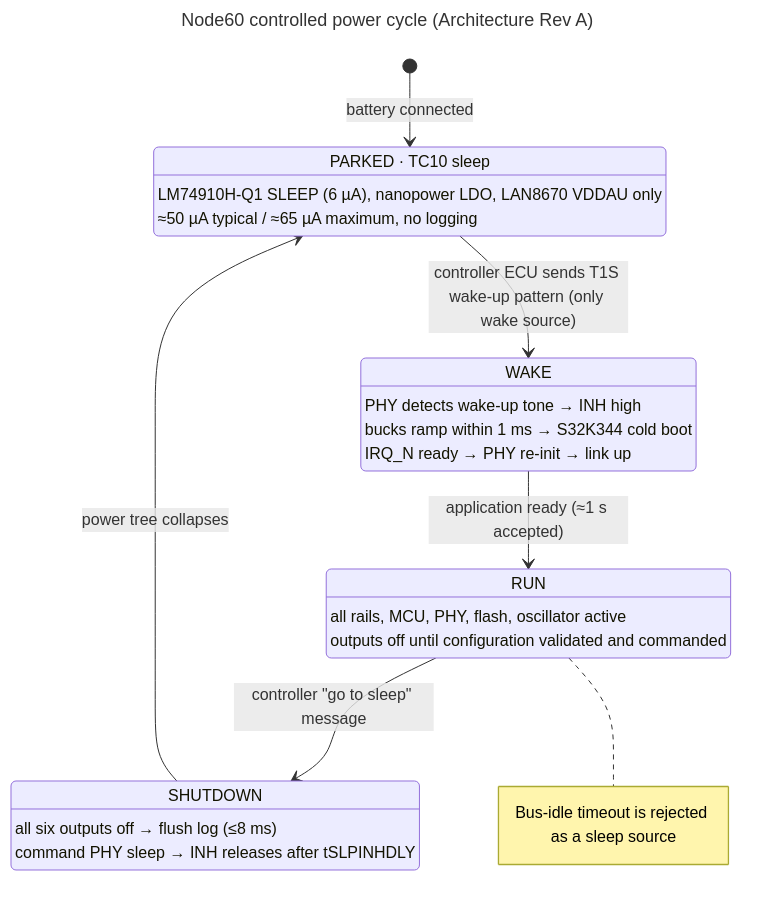
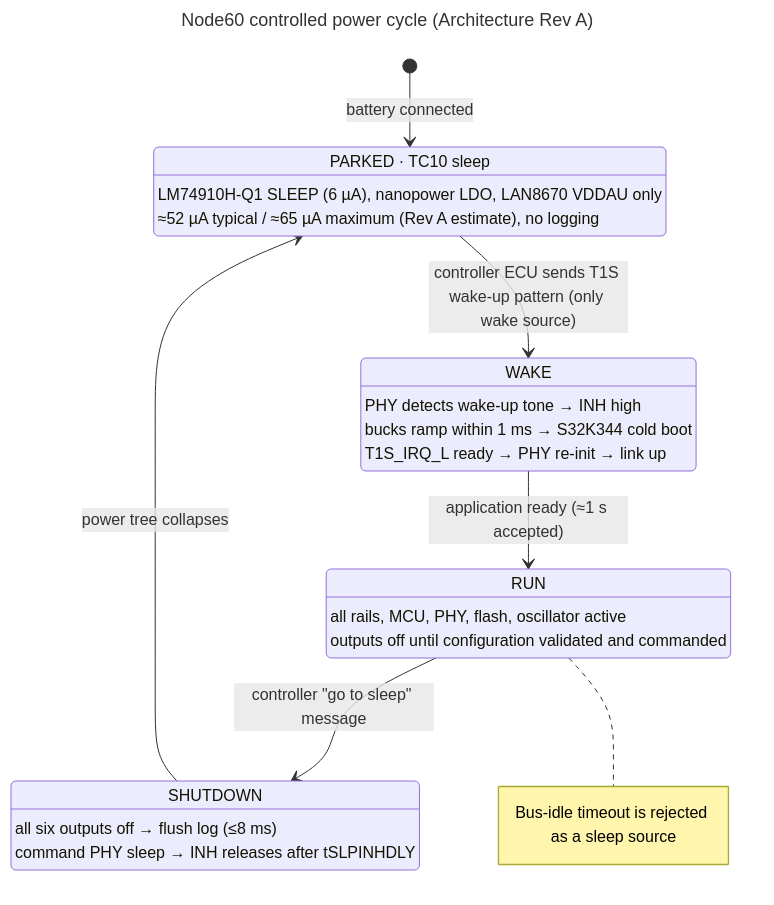
One commit to karlTbowers/node60-hw changed the diagram in docs/src/diagrams/power-cycle.mmd. Above: the diagram before and after it, drawn with Mermaid. The commit also changed 18 other files, not shown here.

First line of the commit message:
Record the 2026-10-28 schematic review answers

```diff
--- a/docs/src/diagrams/power-cycle.mmd
+++ b/docs/src/diagrams/power-cycle.mmd
@@ -1,31 +1,31 @@
 ---
 title: Node60 controlled power cycle (Architecture Rev A)
 ---
 stateDiagram-v2
     [*] --> Parked: battery connected
 
     Parked: PARKED · TC10 sleep
     Parked: LM74910H-Q1 SLEEP (6 µA), nanopower LDO, LAN8670 VDDAU only
-    Parked: ≈50 µA typical / ≈65 µA maximum, no logging
+    Parked: ≈52 µA typical / ≈65 µA maximum (Rev A estimate), no logging
 
     Wake: WAKE
     Wake: PHY detects wake-up tone → INH high
     Wake: bucks ramp within 1 ms → S32K344 cold boot
-    Wake: IRQ_N ready → PHY re-init → link up
+    Wake: T1S_IRQ_L ready → PHY re-init → link up
 
     Run: RUN
     Run: all rails, MCU, PHY, flash, oscillator active
     Run: outputs off until configuration validated and commanded
 
     Shutdown: SHUTDOWN
     Shutdown: all six outputs off → flush log (≤8 ms)
     Shutdown: command PHY sleep → INH releases after tSLPINHDLY
 
     Parked --> Wake: controller ECU sends T1S wake-up pattern (only wake source)
     Wake --> Run: application ready (≈1 s accepted)
     Run --> Shutdown: controller "go to sleep" message
     Shutdown --> Parked: power tree collapses
 
     note right of Run
         Bus-idle timeout is rejected as a sleep source
     end note
```
